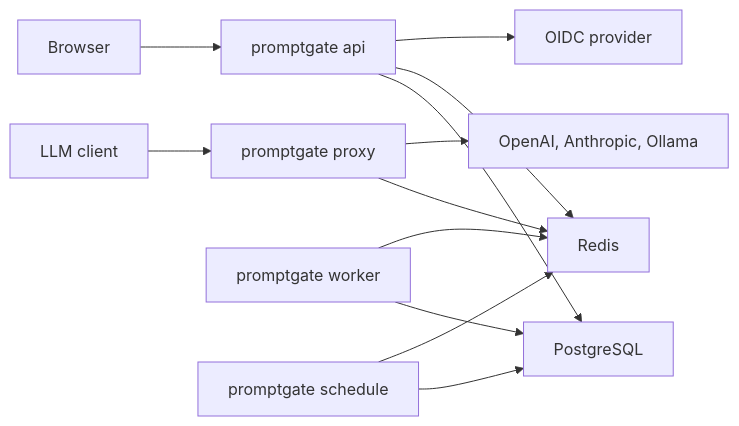
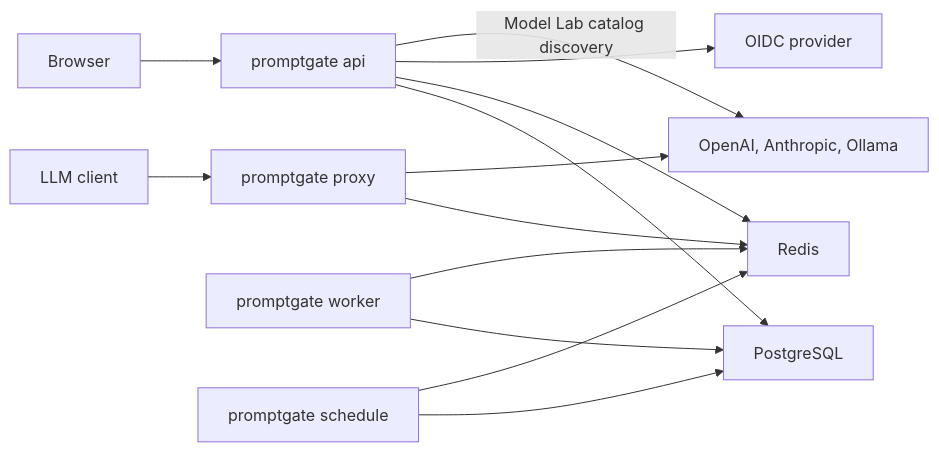
Before and after one commit to thomas-illiet/prompt-gate: the diagram in README.md, drawn with Mermaid. The commit also changed other lines of this file and 22 other files, not shown here.

Commit message:
docs: refresh product screenshots and architecture

````diff
--- a/README.md
+++ b/README.md
@@ -111,14 +118,15 @@
 ```mermaid
 flowchart LR
     Browser["Browser"] --> API["promptgate api"]
     Client["LLM client"] --> Proxy["promptgate proxy"]
     Worker["promptgate worker"] --> Postgres["PostgreSQL"]
     Schedule["promptgate schedule"] --> Postgres["PostgreSQL"]
     API --> Postgres
     API --> Redis["Redis"]
     Proxy --> Redis
     Worker --> Redis
     Schedule --> Redis
     API --> OIDC["OIDC provider"]
+    API -->|Model Lab catalog discovery| Providers
     Proxy --> Providers["OpenAI, Anthropic, Ollama"]
 ```
````
